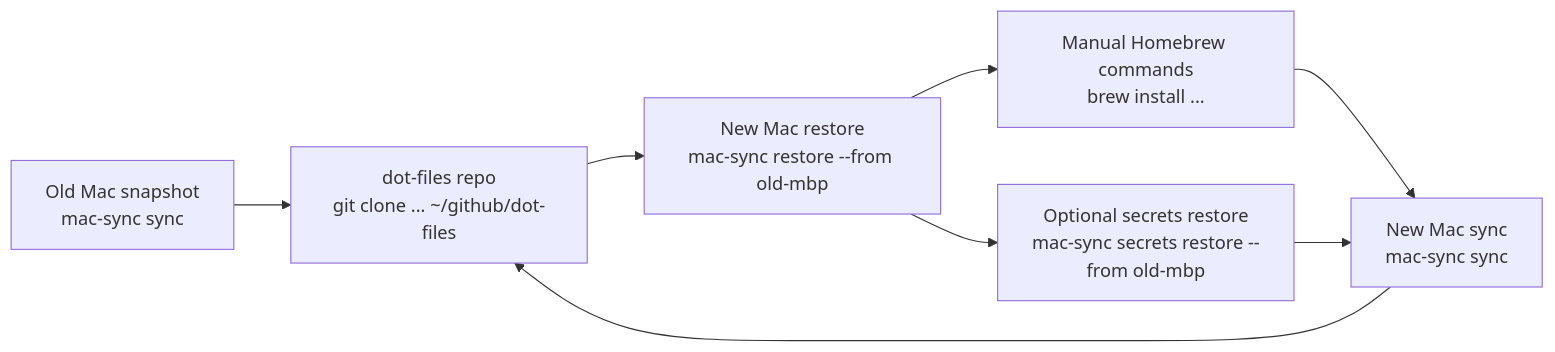
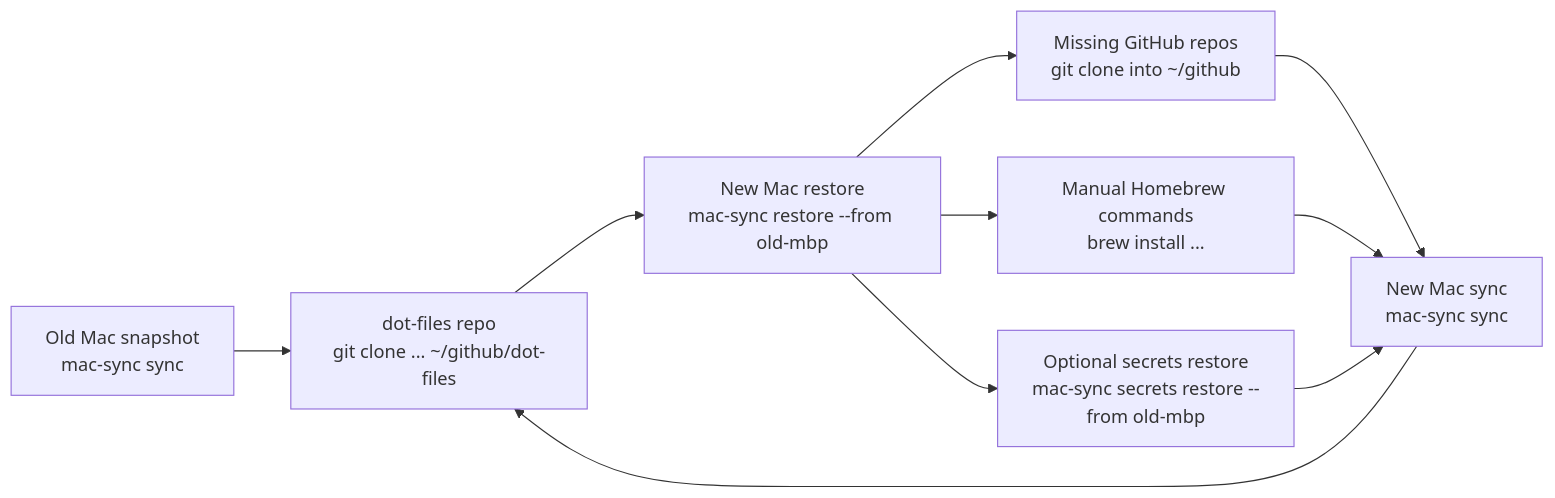
The fourth of 4 diagrams in WORKFLOW.md (stephenlclarke/mac-sync), drawn with Mermaid before and after one commit. The commit also changed other lines of this file and 8 other files, not shown here.

Commit message:
feat: restore cloned GitHub repositories

````diff
--- a/WORKFLOW.md
+++ b/WORKFLOW.md
@@ -322,10 +341,12 @@
 ```mermaid
 flowchart LR
   Old["Old Mac snapshot<br/>mac-sync sync"] --> Dot["dot-files repo<br/>git clone ... ~/github/dot-files"]
   Dot --> New["New Mac restore<br/>mac-sync restore --from old-mbp"]
+  New --> Repos["Missing GitHub repos<br/>git clone into ~/github"]
   New --> Brew["Manual Homebrew commands<br/>brew install ..."]
   New --> Secrets["Optional secrets restore<br/>mac-sync secrets restore --from old-mbp"]
+  Repos --> Sync["New Mac sync<br/>mac-sync sync"]
   Brew --> Sync["New Mac sync<br/>mac-sync sync"]
   Secrets --> Sync
   Sync --> Dot
 ```
````
